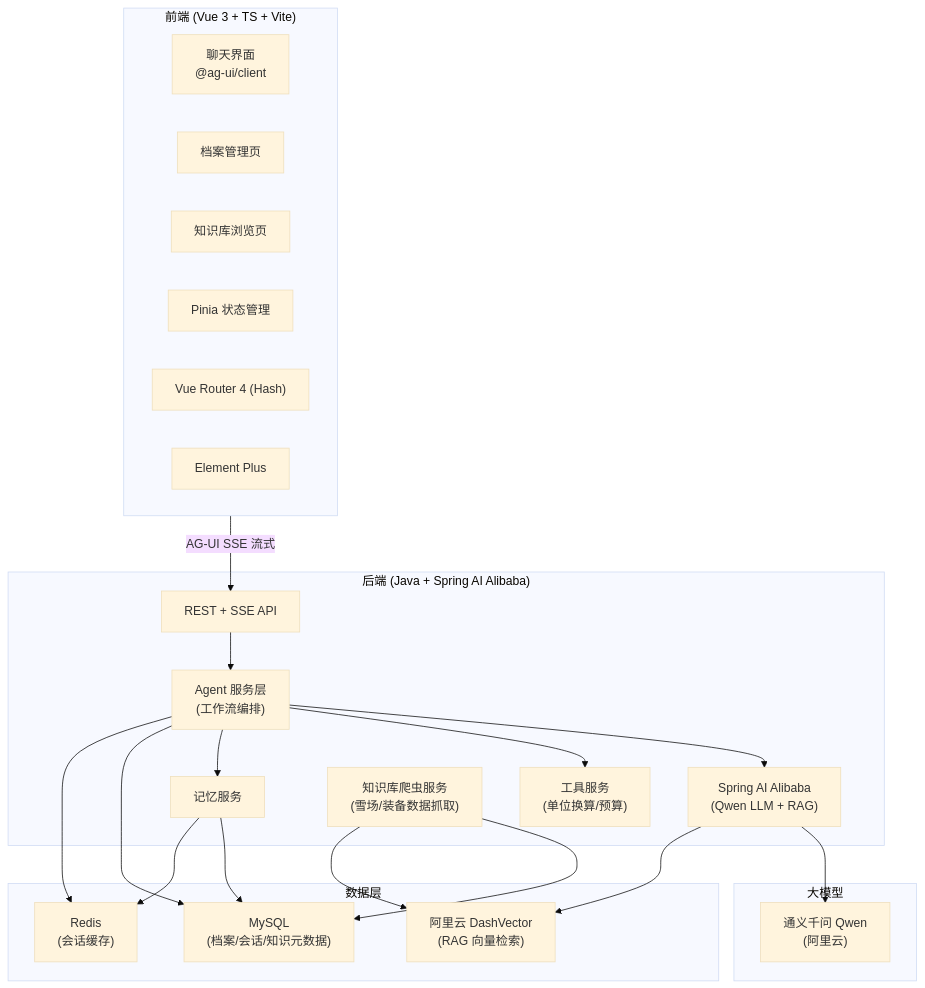
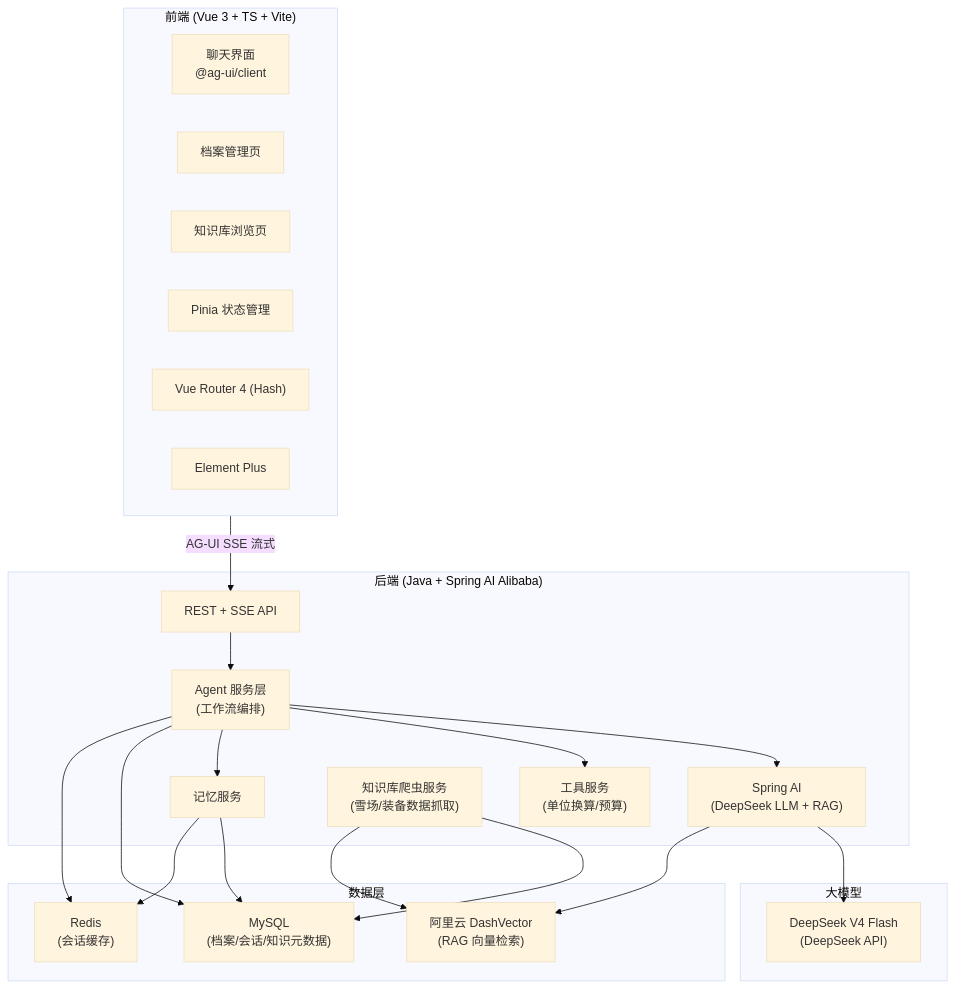
The first of 4 diagrams in docs/PROJECT_PLAN.md (JJJZZZQQQ/Ski-Agent), drawn with Mermaid (base theme) before and after one commit. The commit also changed other lines of this file and 3 other files, not shown here.

First line of the commit message:
docs(phase-1): add phase-1 architecture detail and switch LLM to DeepSeek

````diff
--- a/docs/PROJECT_PLAN.md
+++ b/docs/PROJECT_PLAN.md
@@ -136,44 +136,44 @@
 ```mermaid
 flowchart TB
     subgraph FE["前端 (Vue 3 + TS + Vite)"]
         ChatUI["聊天界面<br/>@ag-ui/client"]
         ProfileUI["档案管理页"]
         KnowledgeUI["知识库浏览页"]
         Pinia["Pinia 状态管理"]
         Router["Vue Router 4 (Hash)"]
         KUI["Element Plus"]
     end
 
     subgraph BE["后端 (Java + Spring AI Alibaba)"]
         API["REST + SSE API"]
         AgentService["Agent 服务层<br/>(工作流编排)"]
-        SpringAI["Spring AI Alibaba<br/>(Qwen LLM + RAG)"]
+        SpringAI["Spring AI<br/>(DeepSeek LLM + RAG)"]
         ToolService["工具服务<br/>(单位换算/预算)"]
         MemoryService["记忆服务"]
         Crawler["知识库爬虫服务<br/>(雪场/装备数据抓取)"]
     end
 
     subgraph Data["数据层"]
         MySQL["MySQL<br/>(档案/会话/知识元数据)"]
         Redis["Redis<br/>(会话缓存)"]
         DashVector["阿里云 DashVector<br/>(RAG 向量检索)"]
     end
 
     subgraph LLM["大模型"]
-        Qwen["通义千问 Qwen<br/>(阿里云)"]
+        DeepSeek["DeepSeek V4 Flash<br/>(DeepSeek API)"]
     end
 
     FE -->|AG-UI SSE 流式| API
     API --> AgentService
     AgentService --> SpringAI
     AgentService --> ToolService
     AgentService --> MemoryService
-    SpringAI --> Qwen
+    SpringAI --> DeepSeek
     SpringAI --> DashVector
     AgentService --> MySQL
     AgentService --> Redis
     MemoryService --> MySQL
     MemoryService --> Redis
     Crawler --> MySQL
     Crawler --> DashVector
 ```
````
